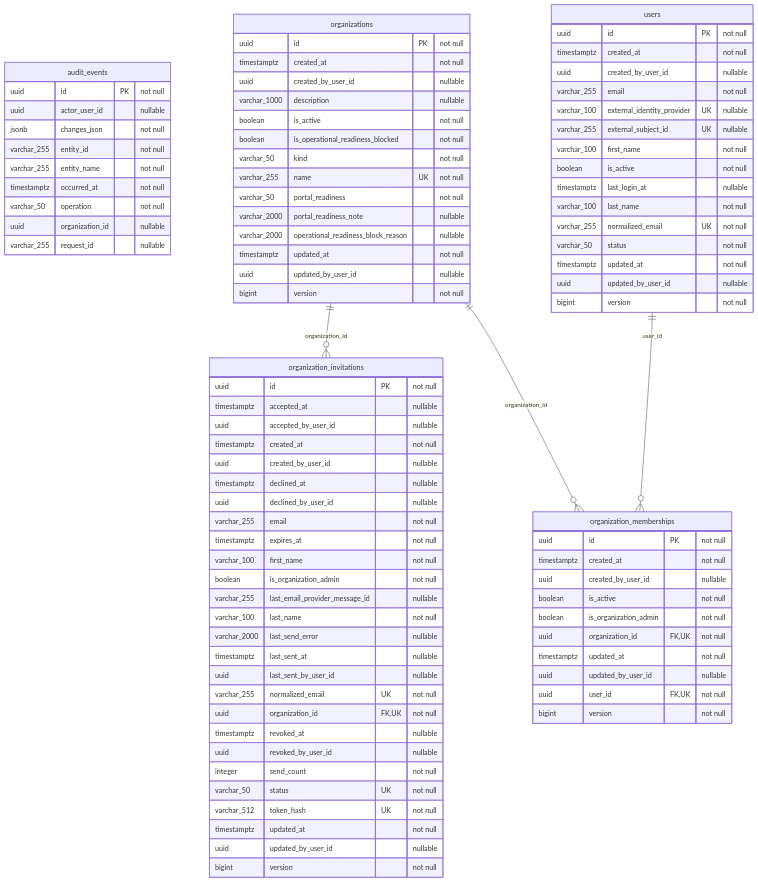
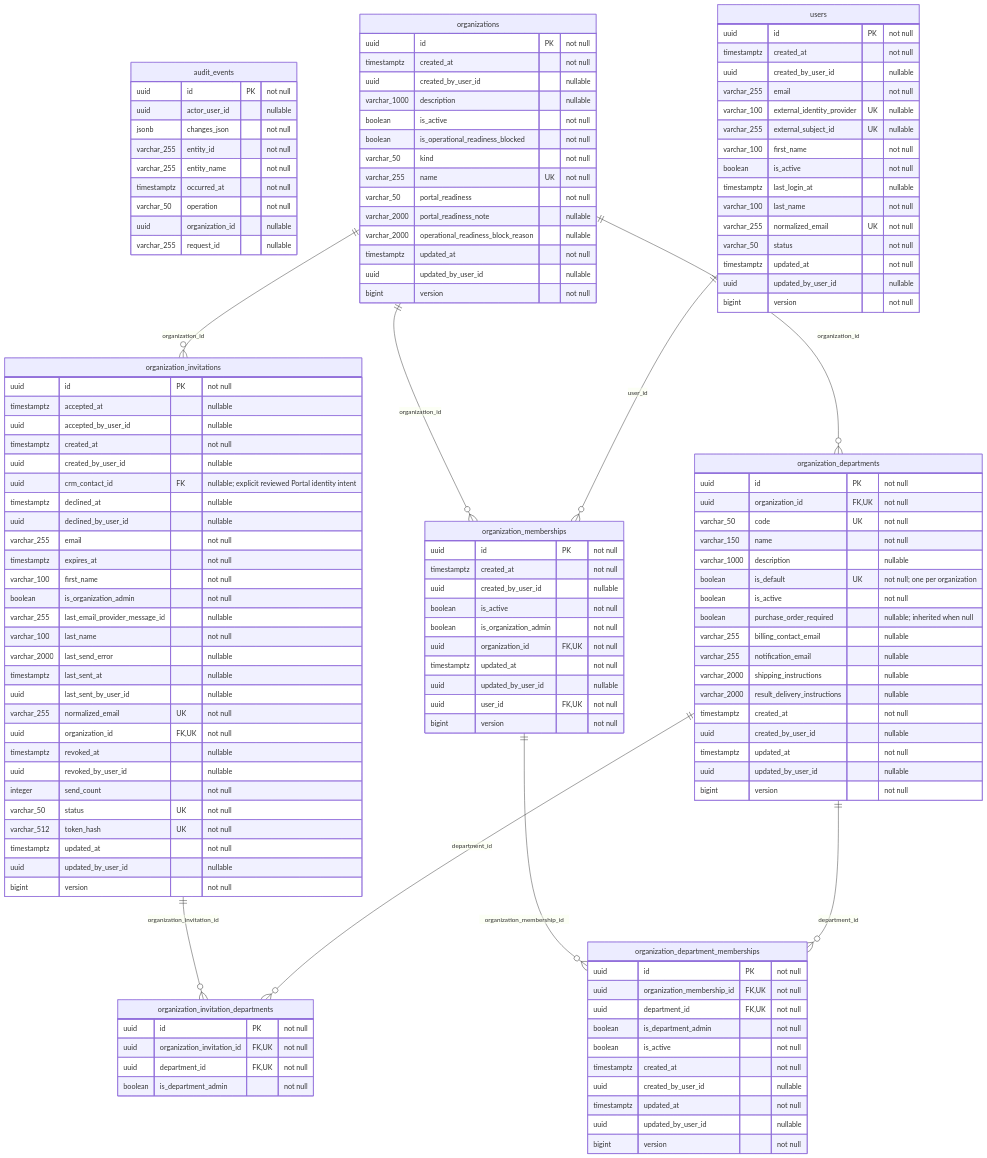
The second of 20 diagrams in docs/database-erd.md (behaack/phaeno-ops-mgmt-system), drawn with Mermaid before and after one commit. The commit also changed other lines of this file and 127 other files, not shown here.

````diff
--- a/docs/database-erd.md
+++ b/docs/database-erd.md
@@ -54,6 +54,7 @@
         uuid accepted_by_user_id "nullable"
         timestamptz created_at "not null"
         uuid created_by_user_id "nullable"
+        uuid crm_contact_id FK "nullable; explicit reviewed Portal identity intent"
         timestamptz declined_at "nullable"
         uuid declined_by_user_id "nullable"
         varchar_255 email "not null"
@@ -87,6 +88,43 @@
         uuid updated_by_user_id "nullable"
         uuid user_id FK,UK "not null"
         bigint version "not null"
+    }
+    organization_departments {
+        uuid id PK "not null"
+        uuid organization_id FK,UK "not null"
+        varchar_50 code UK "not null"
+        varchar_150 name "not null"
+        varchar_1000 description "nullable"
+        boolean is_default UK "not null; one per organization"
+        boolean is_active "not null"
+        boolean purchase_order_required "nullable; inherited when null"
+        varchar_255 billing_contact_email "nullable"
+        varchar_255 notification_email "nullable"
+        varchar_2000 shipping_instructions "nullable"
+        varchar_2000 result_delivery_instructions "nullable"
+        timestamptz created_at "not null"
+        uuid created_by_user_id "nullable"
+        timestamptz updated_at "not null"
+        uuid updated_by_user_id "nullable"
+        bigint version "not null"
+    }
+    organization_department_memberships {
+        uuid id PK "not null"
+        uuid organization_membership_id FK,UK "not null"
+        uuid department_id FK,UK "not null"
+        boolean is_department_admin "not null"
+        boolean is_active "not null"
+        timestamptz created_at "not null"
+        uuid created_by_user_id "nullable"
+        timestamptz updated_at "not null"
+        uuid updated_by_user_id "nullable"
+        bigint version "not null"
+    }
+    organization_invitation_departments {
+        uuid id PK "not null"
+        uuid organization_invitation_id FK,UK "not null"
+        uuid department_id FK,UK "not null"
+        boolean is_department_admin "not null"
     }
     organizations {
         uuid id PK "not null"
@@ -123,5 +161,10 @@
     }
     organizations ||--o{ organization_invitations : "organization_id"
     organizations ||--o{ organization_memberships : "organization_id"
+    organizations ||--o{ organization_departments : "organization_id"
+    organization_memberships ||--o{ organization_department_memberships : "organization_membership_id"
+    organization_departments ||--o{ organization_department_memberships : "department_id"
+    organization_invitations ||--o{ organization_invitation_departments : "organization_invitation_id"
+    organization_departments ||--o{ organization_invitation_departments : "department_id"
     users ||--o{ organization_memberships : "user_id"
 ```
````
